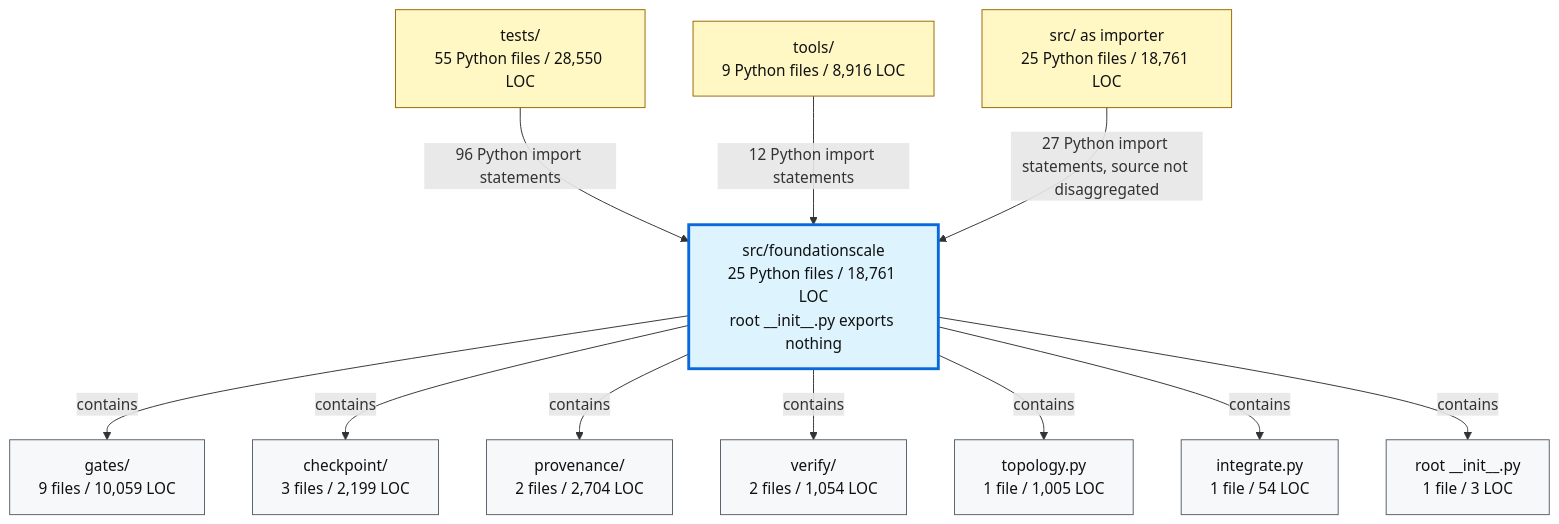
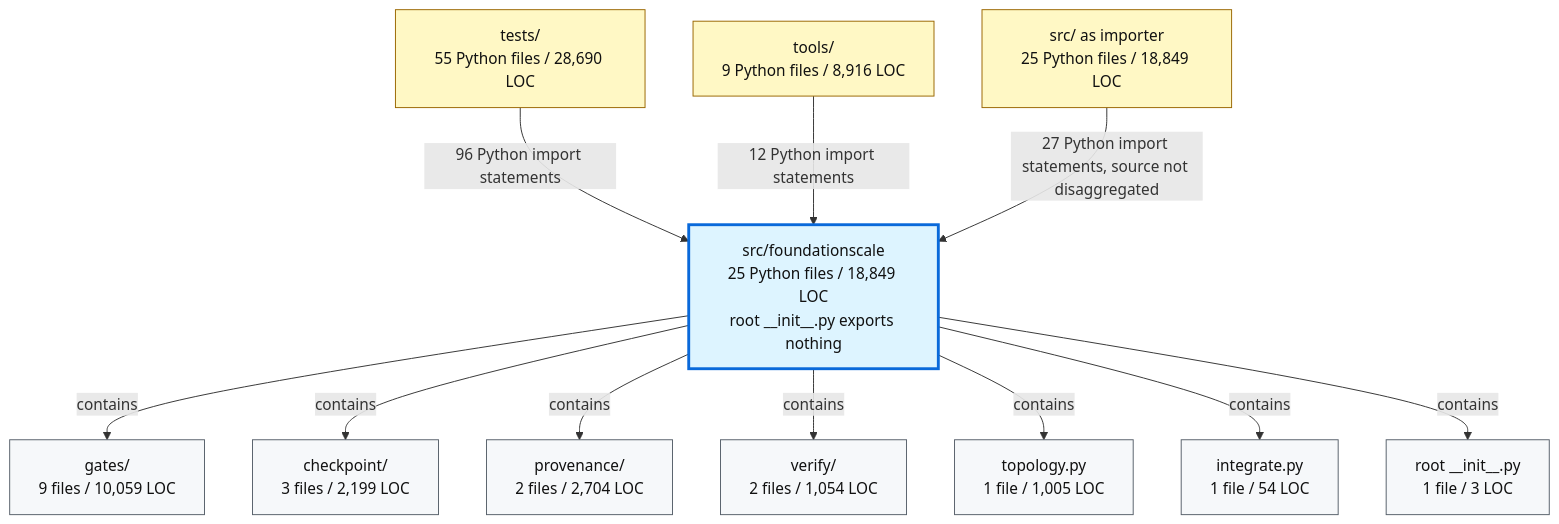
The second of 2 diagrams in docs/review/D2_current_architecture.md (TranNhiem/FoundationScale), drawn with Mermaid before and after one commit. The commit also changed other lines of this file and 13 other files, not shown here.

````diff
--- a/docs/review/D2_current_architecture.md
+++ b/docs/review/D2_current_architecture.md
@@ -97,36 +97,36 @@
 ```mermaid
 flowchart TB
-  TESTS["tests/<br/>55 Python files / 28,550 LOC"]
+  TESTS["tests/<br/>55 Python files / 28,690 LOC"]
   TOOLS["tools/<br/>9 Python files / 8,916 LOC"]
-  SRC["src/ as importer<br/>25 Python files / 18,761 LOC"]
+  SRC["src/ as importer<br/>25 Python files / 18,849 LOC"]
 
-  FS["src/foundationscale<br/>25 Python files / 18,761 LOC<br/>root __init__.py exports nothing"]
+  FS["src/foundationscale<br/>25 Python files / 18,849 LOC<br/>root __init__.py exports nothing"]
 
   GATES["gates/<br/>9 files / 10,059 LOC"]
   CKPT["checkpoint/<br/>3 files / 2,199 LOC"]
   PROV["provenance/<br/>2 files / 2,704 LOC"]
   VERIFY["verify/<br/>2 files / 1,054 LOC"]
   TOPO["topology.py<br/>1 file / 1,005 LOC"]
   INTEG["integrate.py<br/>1 file / 54 LOC"]
   ROOT["root __init__.py<br/>1 file / 3 LOC"]
 
   TESTS -->|"96 Python import statements"| FS
   TOOLS -->|"12 Python import statements"| FS
   SRC -->|"27 Python import statements, source not disaggregated"| FS
 
   FS -->|"contains"| GATES
   FS -->|"contains"| CKPT
   FS -->|"contains"| PROV
   FS -->|"contains"| VERIFY
   FS -->|"contains"| TOPO
   FS -->|"contains"| INTEG
   FS -->|"contains"| ROOT
 
   classDef consumer fill:#fff8c5,stroke:#9a6700,color:#111;
   classDef package fill:#ddf4ff,stroke:#0969da,stroke-width:3px,color:#111;
   classDef module fill:#f6f8fa,stroke:#57606a,color:#111;
 
   class TESTS,TOOLS,SRC consumer;
   class FS package;
   class GATES,CKPT,PROV,VERIFY,TOPO,INTEG,ROOT module;
 ```
````
